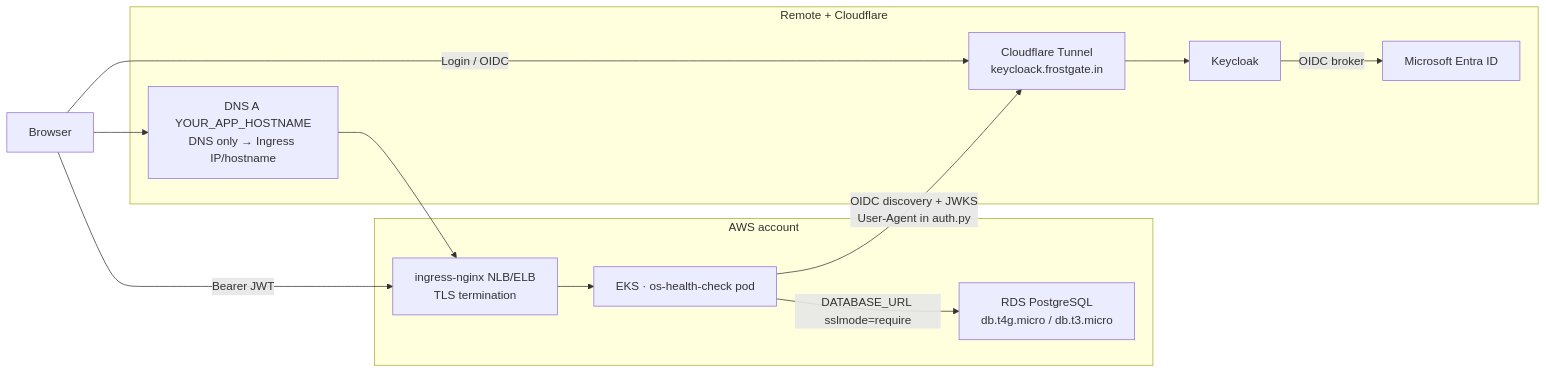
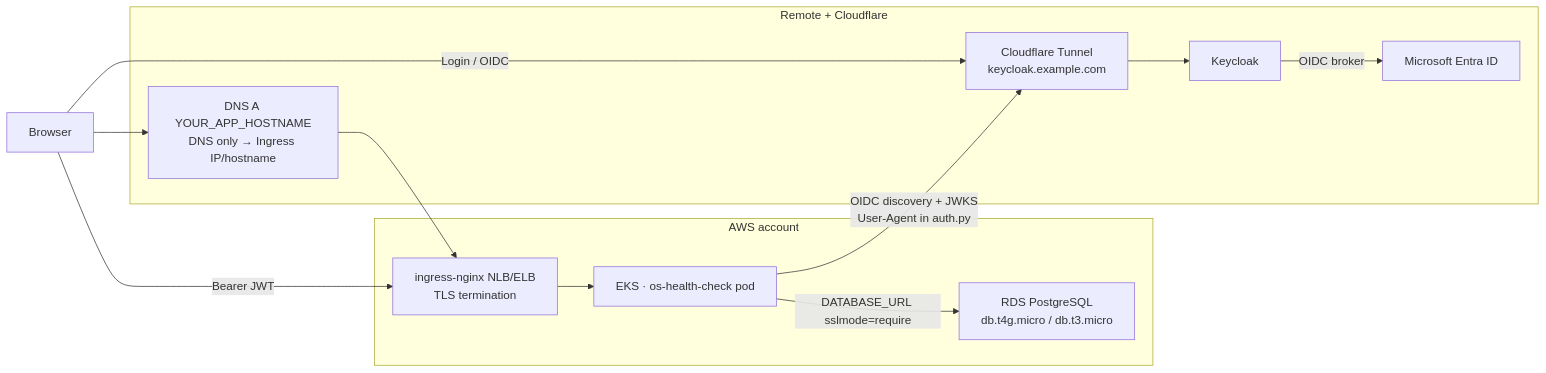
The diagram in AWS_EKS_PRODUCTION_TEST_PLAN.md (jibinge0rge/OS-Health-Check), drawn with Mermaid before and after one commit. The commit also changed other lines of this file and 2 other files, not shown here.

````diff
--- a/AWS_EKS_PRODUCTION_TEST_PLAN.md
+++ b/AWS_EKS_PRODUCTION_TEST_PLAN.md
@@ -46,24 +46,24 @@
 ```mermaid
 flowchart LR
   User["Browser"]
 
   subgraph AWS["AWS account"]
     Ingress["ingress-nginx NLB/ELB<br/>TLS termination"]
     EKS["EKS · os-health-check pod"]
     RDS["RDS PostgreSQL<br/>db.t4g.micro / db.t3.micro"]
   end
 
   subgraph Remote["Remote + Cloudflare"]
     CFApp["DNS A YOUR_APP_HOSTNAME<br/>DNS only → Ingress IP/hostname"]
-    CFKC["Cloudflare Tunnel<br/>keycloack.frostgate.in"]
+    CFKC["Cloudflare Tunnel<br/>keycloak.example.com"]
     KC["Keycloak"]
     Entra["Microsoft Entra ID"]
   end
 
   User --> CFApp --> Ingress --> EKS
   User -->|"Login / OIDC"| CFKC --> KC
   KC -->|"OIDC broker"| Entra
   EKS -->|"DATABASE_URL sslmode=require"| RDS
   EKS -->|"OIDC discovery + JWKS<br/>User-Agent in auth.py"| CFKC
   User -->|"Bearer JWT"| Ingress
 ```
````
